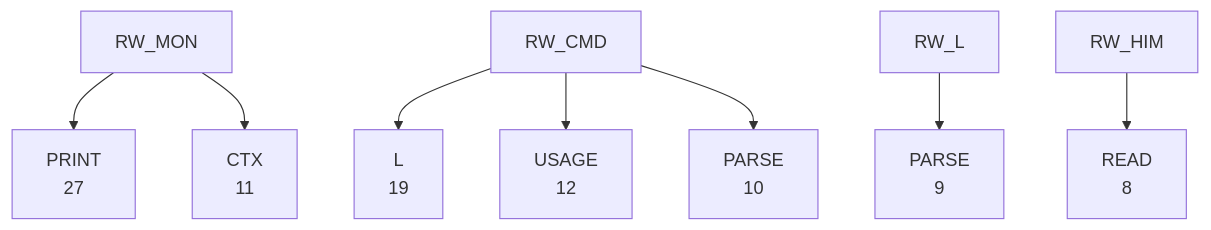
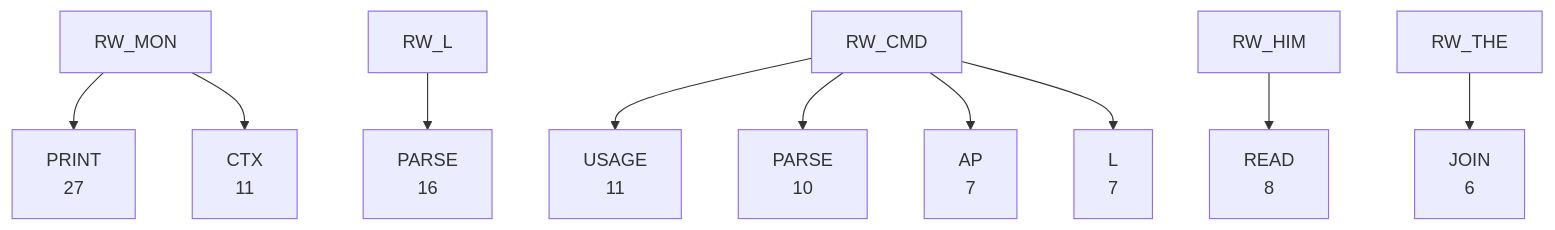
Before and after one commit to 95westus/R-YORS: the third of 7 diagrams in DOC/GENERATED/ROUTINE_WORD_TREE.md, drawn with Mermaid. The commit also changed other lines of this file and 65 other files, not shown here.

````diff
--- a/DOC/GENERATED/ROUTINE_WORD_TREE.md
+++ b/DOC/GENERATED/ROUTINE_WORD_TREE.md
@@ -46,10 +46,12 @@
 ```mermaid
 flowchart TD
     RW_MON --> RW_MON_PRINT["PRINT<br/>27"]
-    RW_CMD --> RW_CMD_L["L<br/>19"]
-    RW_CMD --> RW_CMD_USAGE["USAGE<br/>12"]
+    RW_L --> RW_L_PARSE["PARSE<br/>16"]
+    RW_CMD --> RW_CMD_USAGE["USAGE<br/>11"]
     RW_MON --> RW_MON_CTX["CTX<br/>11"]
     RW_CMD --> RW_CMD_PARSE["PARSE<br/>10"]
-    RW_L --> RW_L_PARSE["PARSE<br/>9"]
     RW_HIM --> RW_HIM_READ["READ<br/>8"]
+    RW_CMD --> RW_CMD_AP["AP<br/>7"]
+    RW_CMD --> RW_CMD_L["L<br/>7"]
+    RW_THE --> RW_THE_JOIN["JOIN<br/>6"]
 ```
````
